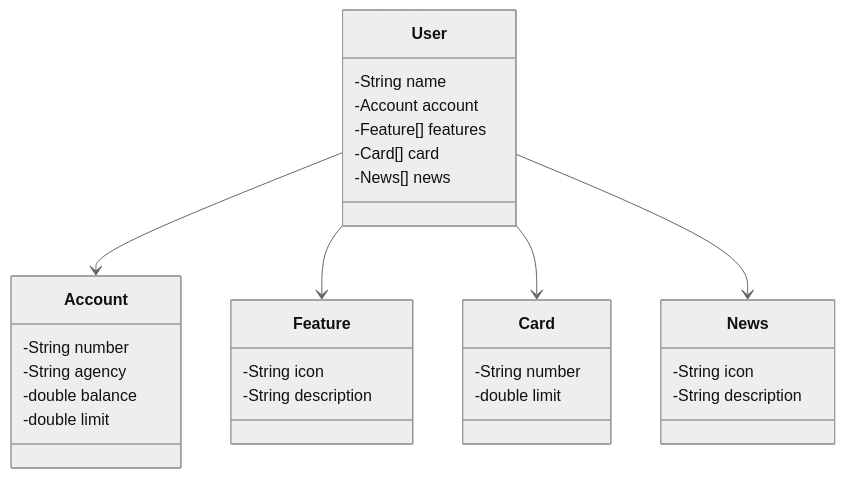
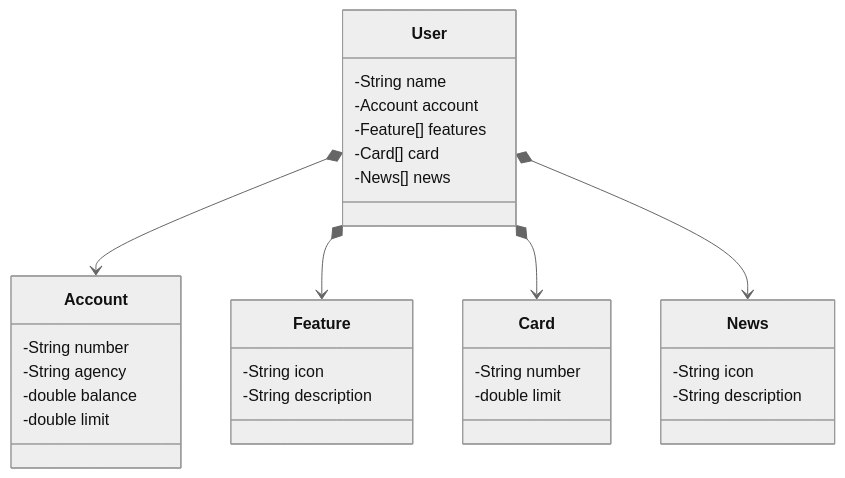
One commit to Vinicius-morcego/ExampleGradle changed the diagram in README.md. Above: the diagram before and after it, drawn with Mermaid (neutral theme).

````diff
--- a/README.md
+++ b/README.md
@@ -12,38 +12,38 @@
 ```mermaid
 classDiagram
     class User {
         -String name
         -Account account
         -Feature[] features
         -Card[] card
         -News[] news
     }
 
     class Account {
         -String number
         -String agency
         -double balance
         -double limit
     }
 
     class Feature {
         -String icon
         -String description
     }
 
     class Card {
         -String number
         -double limit
     }
 
     class News {
         -String icon
         -String description
     }
 
-    User --> Account
-    User --> Feature
-    User --> Card
-    User --> News
+    User *--> Account
+    User *--> Feature
+    User *--> Card
+    User *--> News
 
 ```
````
